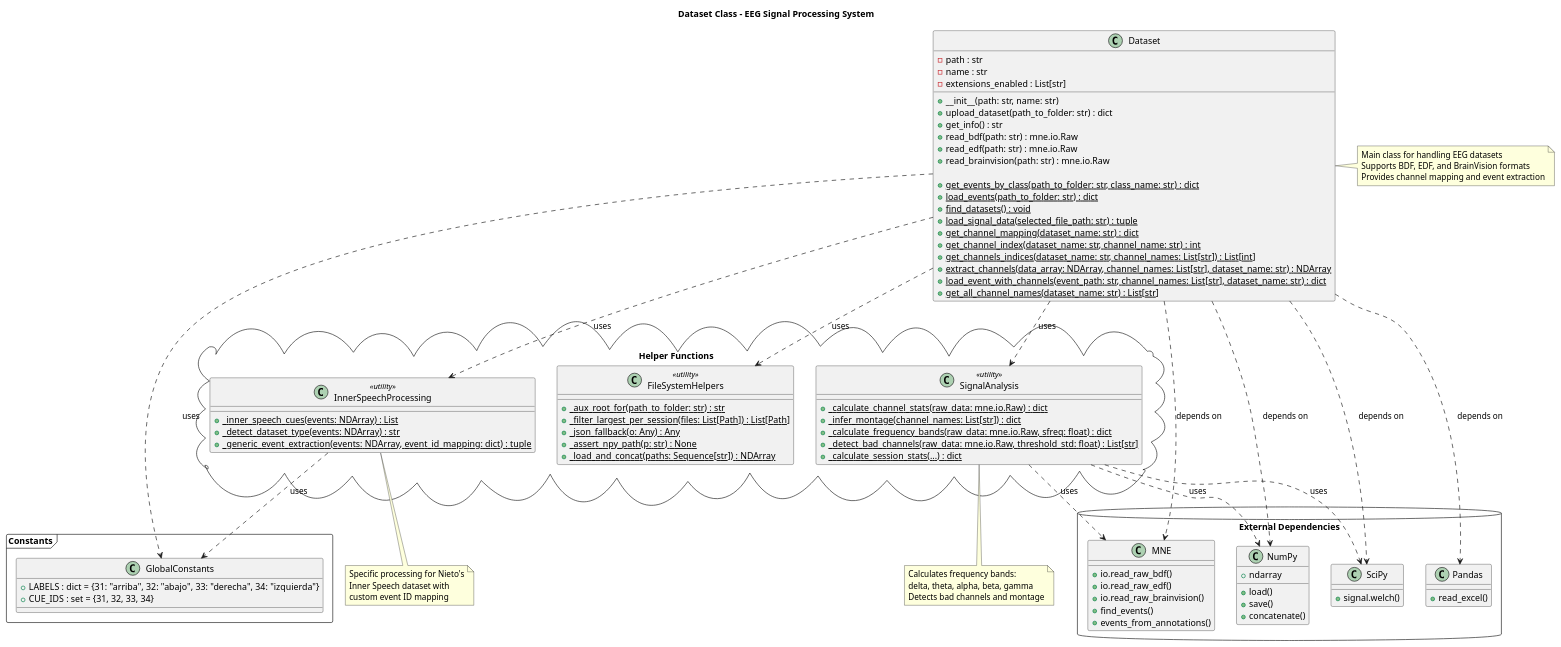
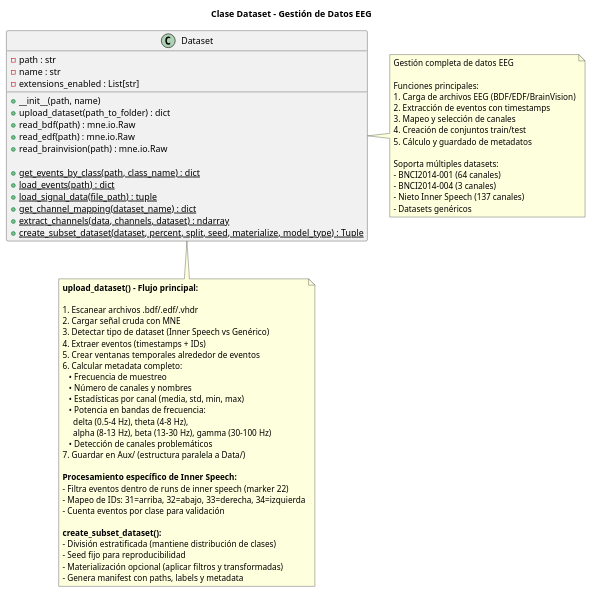
The diagram in doc/class_diagrams/dataset_class.puml (Thegr8carlos/EGG-lab), drawn with PlantUML before and after one commit. The commit also changed 28 other files, not shown here.

```diff
--- a/doc/class_diagrams/dataset_class.puml
+++ b/doc/class_diagrams/dataset_class.puml
@@ -1,117 +1,70 @@
 @startuml
-title Dataset Class - EEG Signal Processing System
+title Clase Dataset - Gestión de Datos EEG
 
 class Dataset {
   - path : str
   - name : str
   - extensions_enabled : List[str]
 
-  + __init__(path: str, name: str)
-  + upload_dataset(path_to_folder: str) : dict
-  + get_info() : str
-  + read_bdf(path: str) : mne.io.Raw
-  + read_edf(path: str) : mne.io.Raw
-  + read_brainvision(path: str) : mne.io.Raw
+  + __init__(path, name)
+  + upload_dataset(path_to_folder) : dict
+  + read_bdf(path) : mne.io.Raw
+  + read_edf(path) : mne.io.Raw
+  + read_brainvision(path) : mne.io.Raw
 
-  {static} + get_events_by_class(path_to_folder: str, class_name: str) : dict
-  {static} + load_events(path_to_folder: str) : dict
-  {static} + find_datasets() : void
-  {static} + load_signal_data(selected_file_path: str) : tuple
-  {static} + get_channel_mapping(dataset_name: str) : dict
-  {static} + get_channel_index(dataset_name: str, channel_name: str) : int
-  {static} + get_channels_indices(dataset_name: str, channel_names: List[str]) : List[int]
-  {static} + extract_channels(data_array: NDArray, channel_names: List[str], dataset_name: str) : NDArray
-  {static} + load_event_with_channels(event_path: str, channel_names: List[str], dataset_name: str) : dict
-  {static} + get_all_channel_names(dataset_name: str) : List[str]
+  {static} + get_events_by_class(path, class_name) : dict
+  {static} + load_events(path) : dict
+  {static} + load_signal_data(file_path) : tuple
+  {static} + get_channel_mapping(dataset_name) : dict
+  {static} + extract_channels(data, channels, dataset) : ndarray
+  {static} + create_subset_dataset(dataset, percent, split, seed, materialize, model_type) : Tuple
 }
 
-package "Helper Functions" <<Cloud>> {
-  class InnerSpeechProcessing <<utility>> {
-    {static} + _inner_speech_cues(events: NDArray) : List
-    {static} + _detect_dataset_type(events: NDArray) : str
-    {static} + _generic_event_extraction(events: NDArray, event_id_mapping: dict) : tuple
-  }
+note right of Dataset
+  Gestión completa de datos EEG
 
-  class FileSystemHelpers <<utility>> {
-    {static} + _aux_root_for(path_to_folder: str) : str
-    {static} + _filter_largest_per_session(files: List[Path]) : List[Path]
-    {static} + _json_fallback(o: Any) : Any
-    {static} + _assert_npy_path(p: str) : None
-    {static} + _load_and_concat(paths: Sequence[str]) : NDArray
-  }
+  Funciones principales:
+  1. Carga de archivos EEG (BDF/EDF/BrainVision)
+  2. Extracción de eventos con timestamps
+  3. Mapeo y selección de canales
+  4. Creación de conjuntos train/test
+  5. Cálculo y guardado de metadatos
 
-  class SignalAnalysis <<utility>> {
-    {static} + _calculate_channel_stats(raw_data: mne.io.Raw) : dict
-    {static} + _infer_montage(channel_names: List[str]) : dict
-    {static} + _calculate_frequency_bands(raw_data: mne.io.Raw, sfreq: float) : dict
-    {static} + _detect_bad_channels(raw_data: mne.io.Raw, threshold_std: float) : List[str]
-    {static} + _calculate_session_stats(...) : dict
-  }
-}
-
-package "External Dependencies" <<Database>> {
-  class MNE {
-    + io.read_raw_bdf()
-    + io.read_raw_edf()
-    + io.read_raw_brainvision()
-    + find_events()
-    + events_from_annotations()
-  }
-
-  class NumPy {
-    + ndarray
-    + load()
-    + save()
-    + concatenate()
-  }
-
-  class SciPy {
-    + signal.welch()
-  }
-
-  class Pandas {
-    + read_excel()
-  }
-}
-
-package "Constants" <<Frame>> {
-  class GlobalConstants {
-    + LABELS : dict = {31: "arriba", 32: "abajo", 33: "derecha", 34: "izquierda"}
-    + CUE_IDS : set = {31, 32, 33, 34}
-  }
-}
-
-' Relationships
-Dataset ..> InnerSpeechProcessing : uses
-Dataset ..> FileSystemHelpers : uses
-Dataset ..> SignalAnalysis : uses
-Dataset ..> MNE : depends on
-Dataset ..> NumPy : depends on
-Dataset ..> SciPy : depends on
-Dataset ..> Pandas : depends on
-Dataset ..> GlobalConstants : uses
-
-InnerSpeechProcessing ..> GlobalConstants : uses
-SignalAnalysis ..> MNE : uses
-SignalAnalysis ..> NumPy : uses
-SignalAnalysis ..> SciPy : uses
-
-note right of Dataset
-  Main class for handling EEG datasets
-  Supports BDF, EDF, and BrainVision formats
-  Provides channel mapping and event extraction
+  Soporta múltiples datasets:
+  - BNCI2014-001 (64 canales)
+  - BNCI2014-004 (3 canales)
+  - Nieto Inner Speech (137 canales)
+  - Datasets genéricos
 end note
 
-note bottom of InnerSpeechProcessing
-  Specific processing for Nieto's
-  Inner Speech dataset with
-  custom event ID mapping
-end note
+note bottom of Dataset
+  **upload_dataset() - Flujo principal:**
 
-note bottom of SignalAnalysis
-  Calculates frequency bands:
-  delta, theta, alpha, beta, gamma
-  Detects bad channels and montage
+  1. Escanear archivos .bdf/.edf/.vhdr
+  2. Cargar señal cruda con MNE
+  3. Detectar tipo de dataset (Inner Speech vs Genérico)
+  4. Extraer eventos (timestamps + IDs)
+  5. Crear ventanas temporales alrededor de eventos
+  6. Calcular metadata completo:
+     • Frecuencia de muestreo
+     • Número de canales y nombres
+     • Estadísticas por canal (media, std, min, max)
+     • Potencia en bandas de frecuencia:
+       delta (0.5-4 Hz), theta (4-8 Hz),
+       alpha (8-13 Hz), beta (13-30 Hz), gamma (30-100 Hz)
+     • Detección de canales problemáticos
+  7. Guardar en Aux/ (estructura paralela a Data/)
+
+  **Procesamiento específico de Inner Speech:**
+  - Filtra eventos dentro de runs de inner speech (marker 22)
+  - Mapeo de IDs: 31=arriba, 32=abajo, 33=derecha, 34=izquierda
+  - Cuenta eventos por clase para validación
+
+  **create_subset_dataset():**
+  - División estratificada (mantiene distribución de clases)
+  - Seed fijo para reproducibilidad
+  - Materialización opcional (aplicar filtros y transformadas)
+  - Genera manifest con paths, labels y metadata
 end note
 
 @enduml
```
